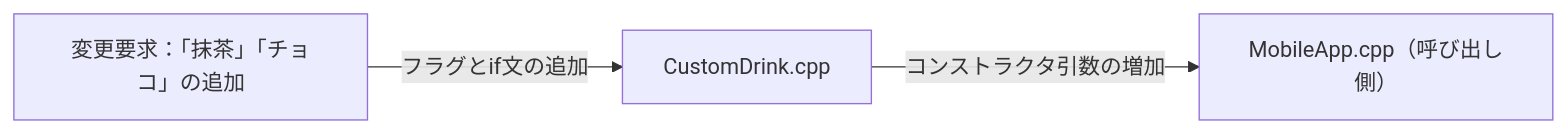
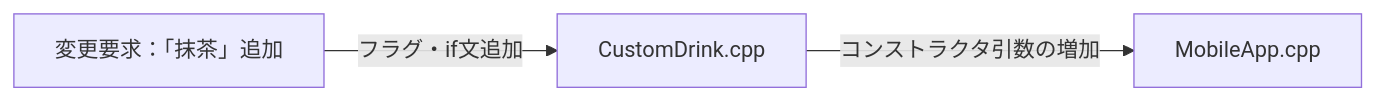
One commit to kumachan1101-pixel/DesignPattern changed the third of 10 diagrams in kindle/design-patterns/output/chapter06.md. Above: the diagram before and after it, drawn with Mermaid. The commit also changed other lines of this file and 12 other files, not shown here.

````diff
--- a/kindle/design-patterns/output/chapter06.md
+++ b/kindle/design-patterns/output/chapter06.md
@@ -311,6 +311,6 @@
 ```mermaid
 graph LR
-    T1["変更要求：「抹茶」「チョコ」の追加"] -->|"フラグとif文の追加"| A["CustomDrink.cpp"]
-    A -->|"コンストラクタ引数の増加"| B["MobileApp.cpp（呼び出し側）"]
+    T1["変更要求：「抹茶」追加"] -->|"フラグ・if文追加"| A["CustomDrink.cpp"]
+    A -->|"コンストラクタ引数の増加"| B["MobileApp.cpp"]
 
 ```
````
